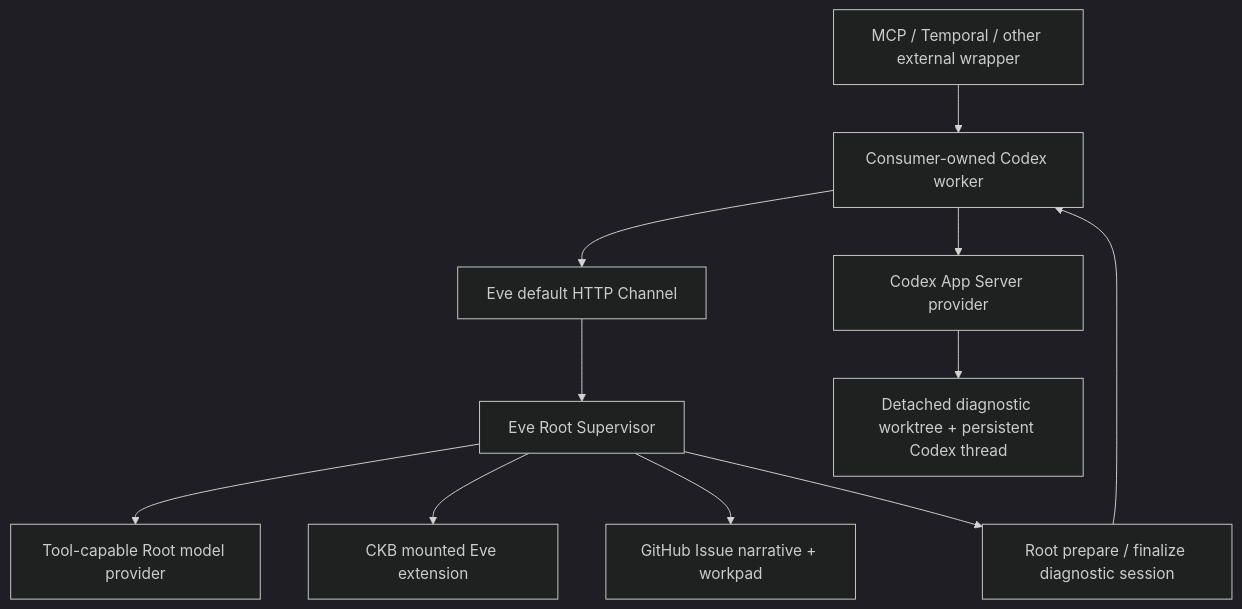
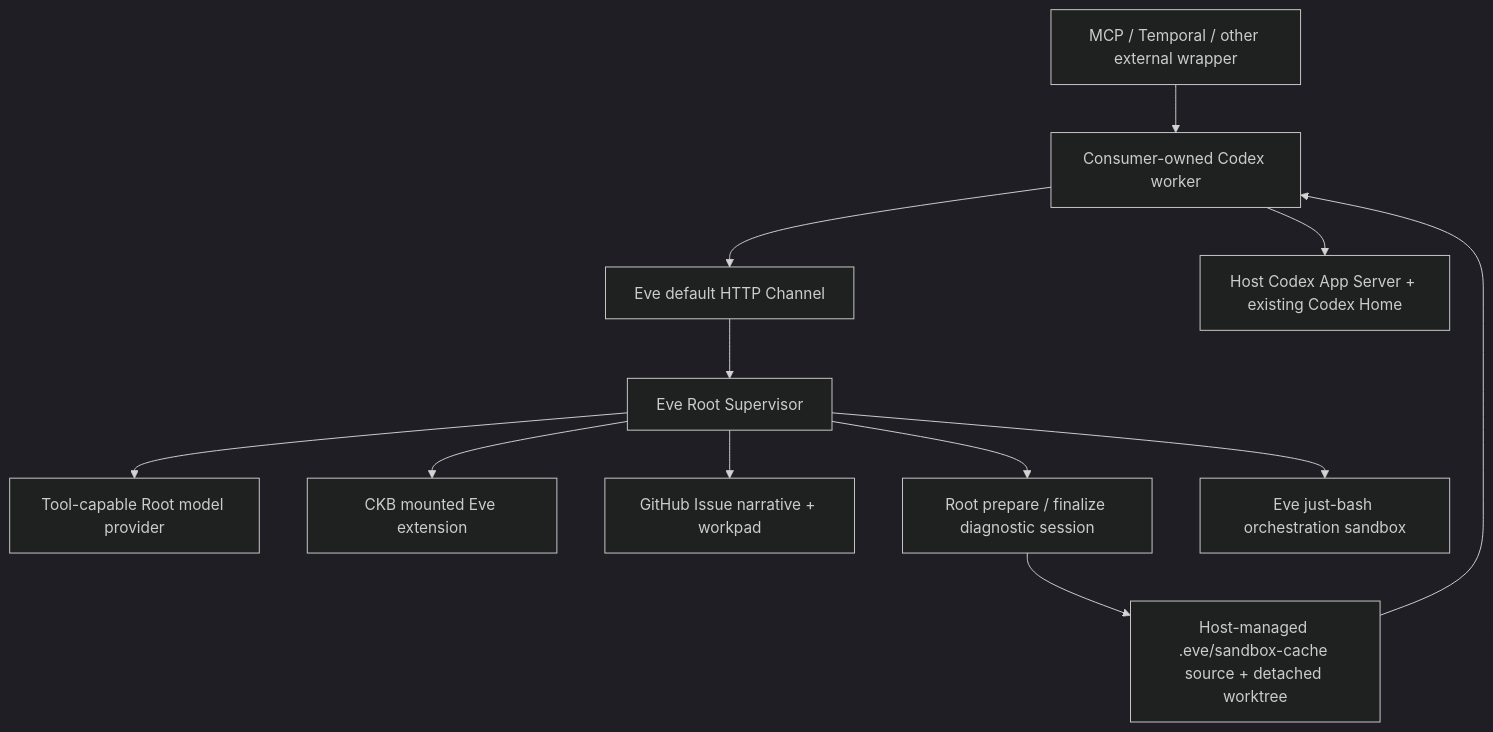
Before and after one commit to Alive24/FailureReport: the diagram in README.md, drawn with Mermaid (dark theme). The commit also changed other lines of this file and 25 other files, not shown here.

Commit message:
feat: manage diagnostics in host sandbox cache

````diff
--- a/README.md
+++ b/README.md
@@ -9,13 +9,14 @@
 ```mermaid
 flowchart TD
   M["MCP / Temporal / other external wrapper"] --> C["Eve Channel client"]
   C --> H["Eve default HTTP Channel"]
   H --> E["Eve Root Supervisor"]
   E --> R["Tool-capable Root model provider"]
   E --> X["CKB mounted Eve extension"]
   E --> I["GitHub Issue narrative + workpad"]
   E --> D["Root prepare / finalize diagnostic session"]
-  D --> C["Consumer-owned Codex worker"]
-  C --> A["Codex App Server provider"]
-  A --> W["Detached diagnostic worktree + persistent Codex thread"]
+  E --> B["Eve just-bash orchestration sandbox"]
+  D --> W["Host-managed .eve/sandbox-cache source + detached worktree"]
+  W --> C["Consumer-owned Codex worker"]
+  C --> A["Host Codex App Server + existing Codex Home"]
 ```
````
